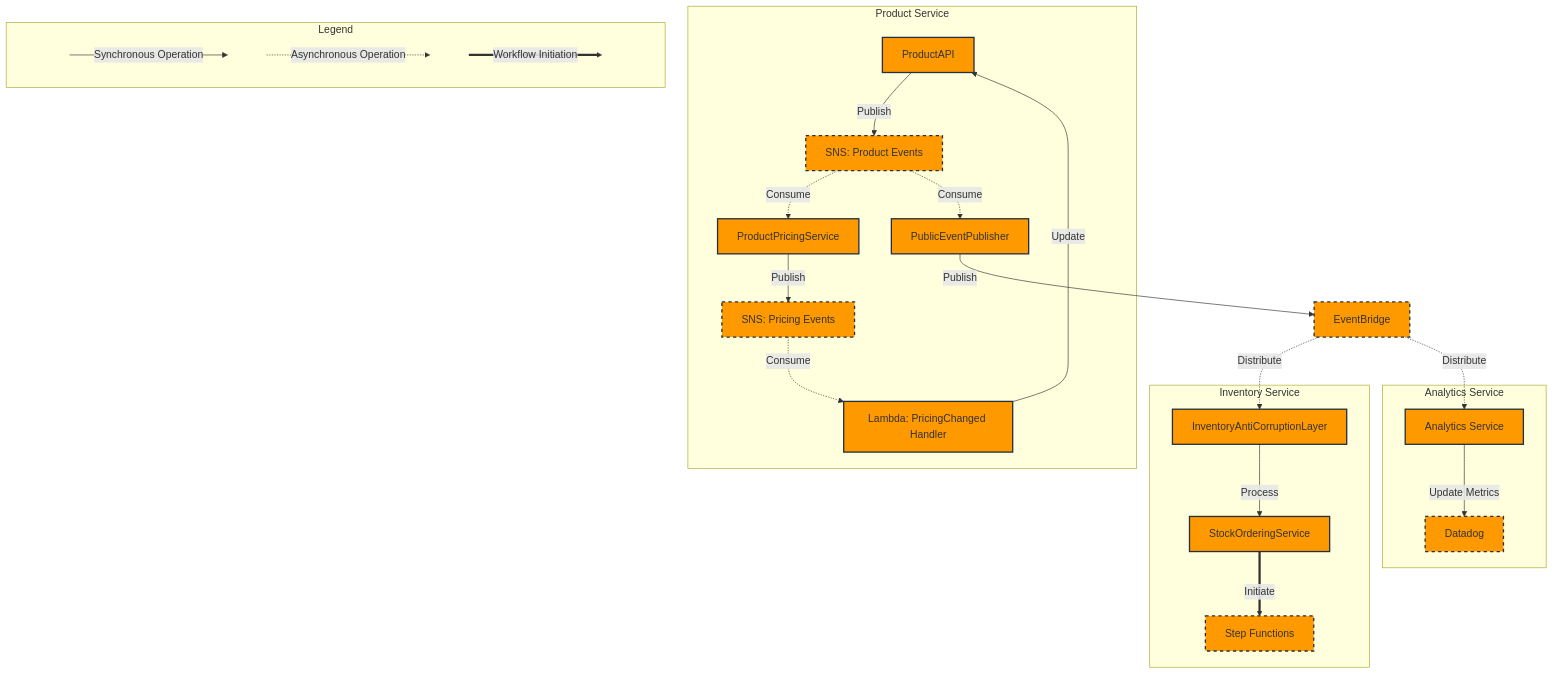
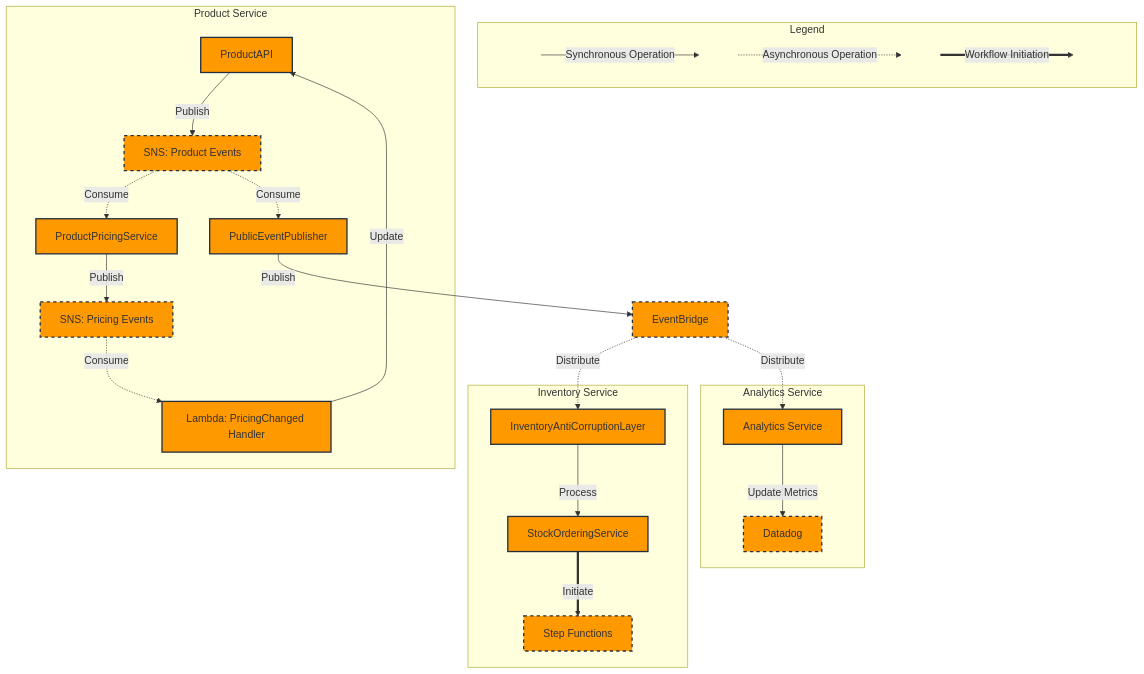
One commit to puglieseweb/puglieseweb.com changed the diagram in diagrams/demo-app-aws-diagram.mermaid. Above: the diagram before and after it, drawn with Mermaid. The commit also changed other lines of this file and 1 other file, not shown here.

Commit message:
add diagram folder

```diff
--- a/diagrams/demo-app-aws-diagram.mermaid
+++ b/diagrams/demo-app-aws-diagram.mermaid
@@ -1,56 +1,57 @@
 graph TB
+
+subgraph "Legend"
+    L1[" "]
+    L2[" "]
+    L3[" "]
+    L4[" "]
+    L1 -->|Synchronous Operation| L2
+    L2 -.->|Asynchronous Operation| L3
+    L3 ==>|Workflow Initiation| L4
+end
+
+classDef legendClass fill:none,stroke:none;
+
+class L1,L2,L3,L4 legendClass;
     subgraph "Product Service"
         API[ProductAPI]
         PPS[ProductPricingService]
         PEP[PublicEventPublisher]
         SNS1[SNS: Product Events]
         SNS2[SNS: Pricing Events]
         Lambda[Lambda: PricingChanged Handler]
 
         API -->|Publish| SNS1
         SNS1 -.->|Consume| PPS
         PPS -->|Publish| SNS2
         SNS2 -.->|Consume| Lambda
         Lambda -->|Update| API
         SNS1 -.->|Consume| PEP
     end
 
     subgraph "Inventory Service"
         ACL[InventoryAntiCorruptionLayer]
         SOS[StockOrderingService]
         SF[Step Functions]
 
         ACL -->|Process| SOS
         SOS ==>|Initiate| SF
     end
 
     subgraph "Analytics Service"
         AS[Analytics Service]
         DD[Datadog]
 
         AS -->|Update Metrics| DD
     end
 
     EB[EventBridge]
 
     PEP -->|Publish| EB
     EB -.->|Distribute| ACL
     EB -.->|Distribute| AS
 
     classDef aws fill:#FF9900,stroke:#232F3E,stroke-width:2px;
     class API,PPS,PEP,Lambda,ACL,SOS,AS aws;
     classDef awsService fill:#FF9900,stroke:#232F3E,stroke-width:2px,stroke-dasharray: 5 5;
     class SNS1,SNS2,SF,EB,DD awsService;
-
-    subgraph "Legend"
-        L1[" "]
-        L2[" "]
-        L3[" "]
-        L4[" "]
-        L1 -->|Synchronous Operation| L2
-        L2 -.->|Asynchronous Operation| L3
-        L3 ==>|Workflow Initiation| L4
-    end
-
-    classDef legendClass fill:none,stroke:none;
-    class L1,L2,L3,L4 legendClass;
```
